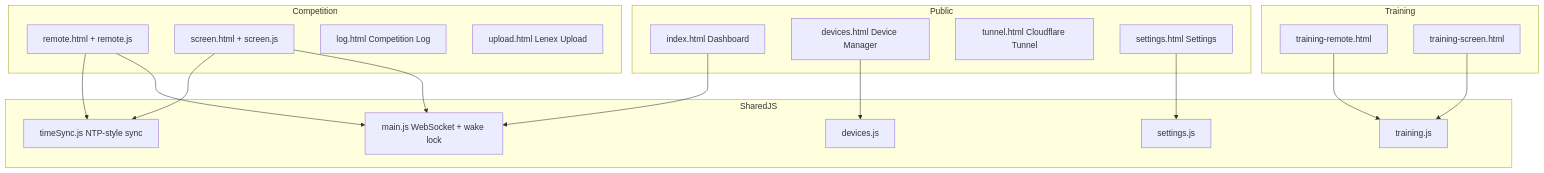
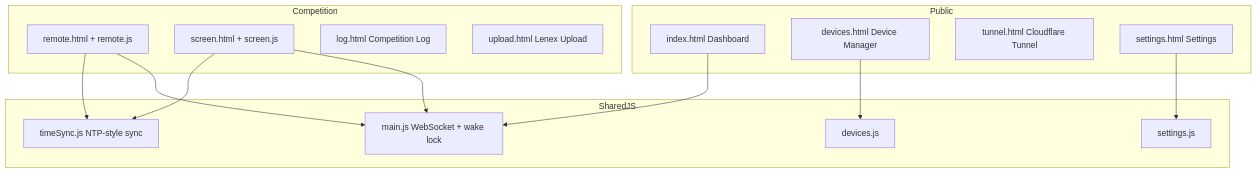
The fifth of 6 diagrams in docs/architecture.md (spelbreker/ws-swim-stopwatch), drawn with Mermaid before and after one commit. The commit also changed other lines of this file and 4 other files, not shown here.

````diff
--- a/docs/architecture.md
+++ b/docs/architecture.md
@@ -234,39 +234,31 @@
 ```mermaid
 graph TB
     subgraph Public
         Index[index.html Dashboard]
         Devices[devices.html Device Manager]
         Tunnel[tunnel.html Cloudflare Tunnel]
         SettingsPage[settings.html Settings]
     end
 
     subgraph Competition
         Remote[remote.html + remote.js]
         Screen[screen.html + screen.js]
         Log[log.html Competition Log]
         Upload[upload.html Lenex Upload]
     end
 
-    subgraph Training
-        TrainRemote[training-remote.html]
-        TrainScreen[training-screen.html]
-    end
-
     subgraph SharedJS
         Main[main.js WebSocket + wake lock]
         TimeSync[timeSync.js NTP-style sync]
         DevicesJS[devices.js]
         SettingsJS[settings.js]
-        TrainingJS[training.js]
     end
 
     Index --> Main
     Remote --> Main
     Remote --> TimeSync
     Screen --> Main
     Screen --> TimeSync
     Devices --> DevicesJS
     SettingsPage --> SettingsJS
-    TrainRemote --> TrainingJS
-    TrainScreen --> TrainingJS
 ```
````
